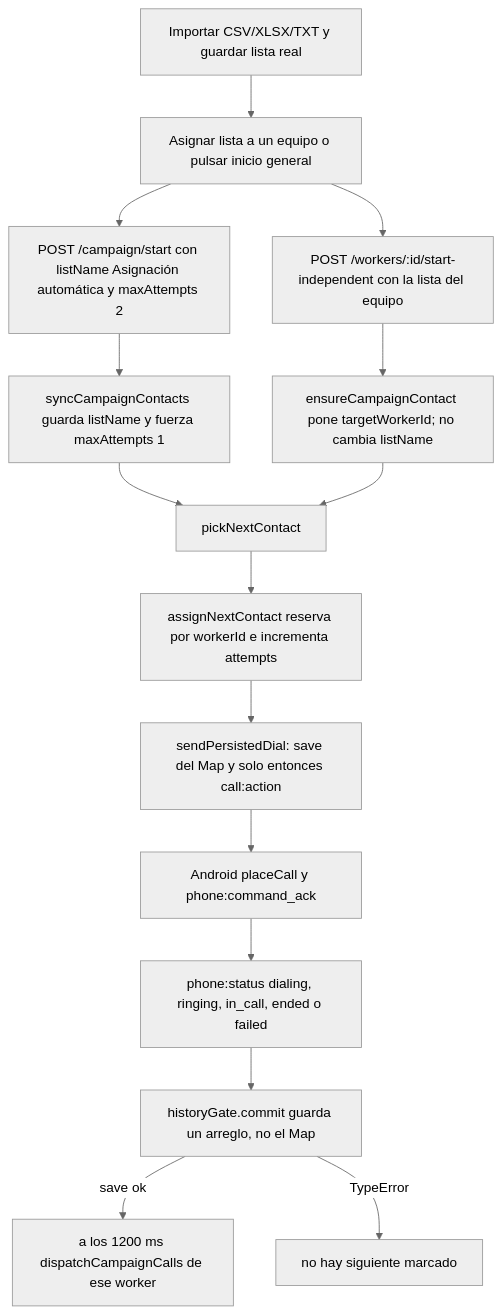
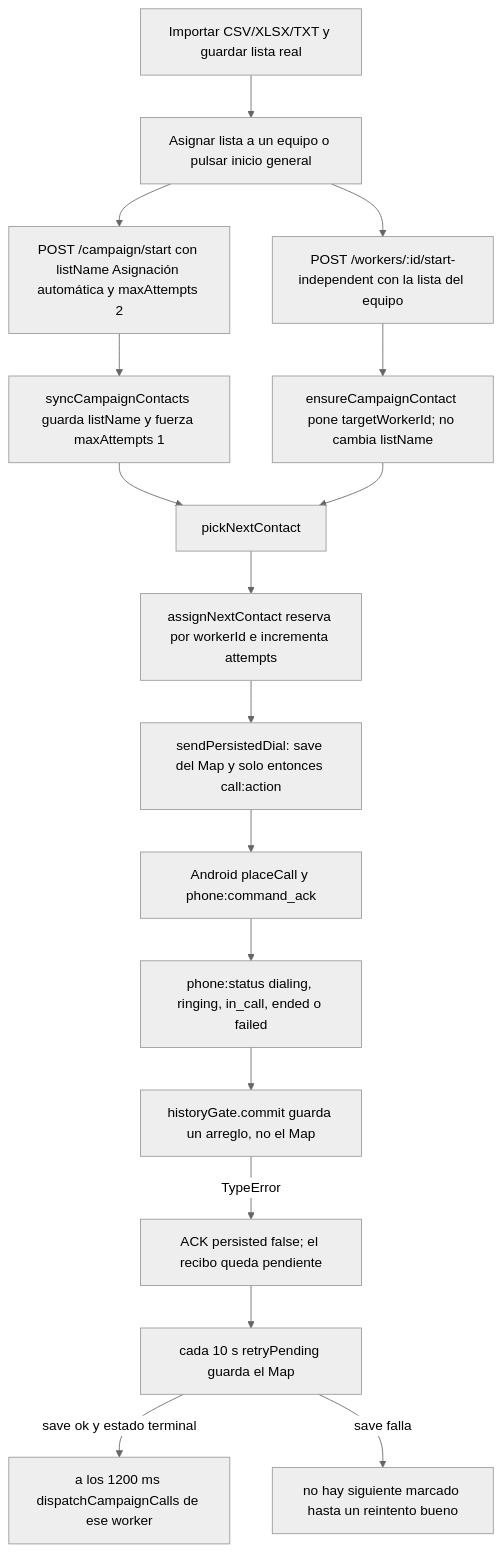
Before and after one commit to iBlack14/SISTEMA_LLAMADAS: the diagram in INFORME_CONCURRENCIA_LLAMADAS.md, drawn with Mermaid (neutral theme). The commit also changed other lines of this file and 24 other files, not shown here.

````diff
--- a/INFORME_CONCURRENCIA_LLAMADAS.md
+++ b/INFORME_CONCURRENCIA_LLAMADAS.md
@@ -20,17 +20,19 @@
 ```mermaid
 flowchart TD
   importCsv["Importar CSV/XLSX/TXT y guardar lista real"] --> assignUi["Asignar lista a un equipo o pulsar inicio general"]
   assignUi --> startGeneral["POST /campaign/start con listName Asignación automática y maxAttempts 2"]
   assignUi --> startPhone["POST /workers/:id/start-independent con la lista del equipo"]
   startGeneral --> sync["syncCampaignContacts guarda listName y fuerza maxAttempts 1"]
   startPhone --> ensure["ensureCampaignContact pone targetWorkerId; no cambia listName"]
   sync --> pick["pickNextContact"]
   ensure --> pick
   pick --> reserve["assignNextContact reserva por workerId e incrementa attempts"]
   reserve --> persist["sendPersistedDial: save del Map y solo entonces call:action"]
   persist --> apk["Android placeCall y phone:command_ack"]
   apk --> status["phone:status dialing, ringing, in_call, ended o failed"]
   status --> gate["historyGate.commit guarda un arreglo, no el Map"]
-  gate -->|save ok| next["a los 1200 ms dispatchCampaignCalls de ese worker"]
-  gate -->|TypeError| stop["no hay siguiente marcado"]
+  gate -->|TypeError| ack["ACK persisted false; el recibo queda pendiente"]
+  ack --> retry["cada 10 s retryPending guarda el Map"]
+  retry -->|save ok y estado terminal| next["a los 1200 ms dispatchCampaignCalls de ese worker"]
+  retry -->|save falla| stop["no hay siguiente marcado hasta un reintento bueno"]
 ```
````
